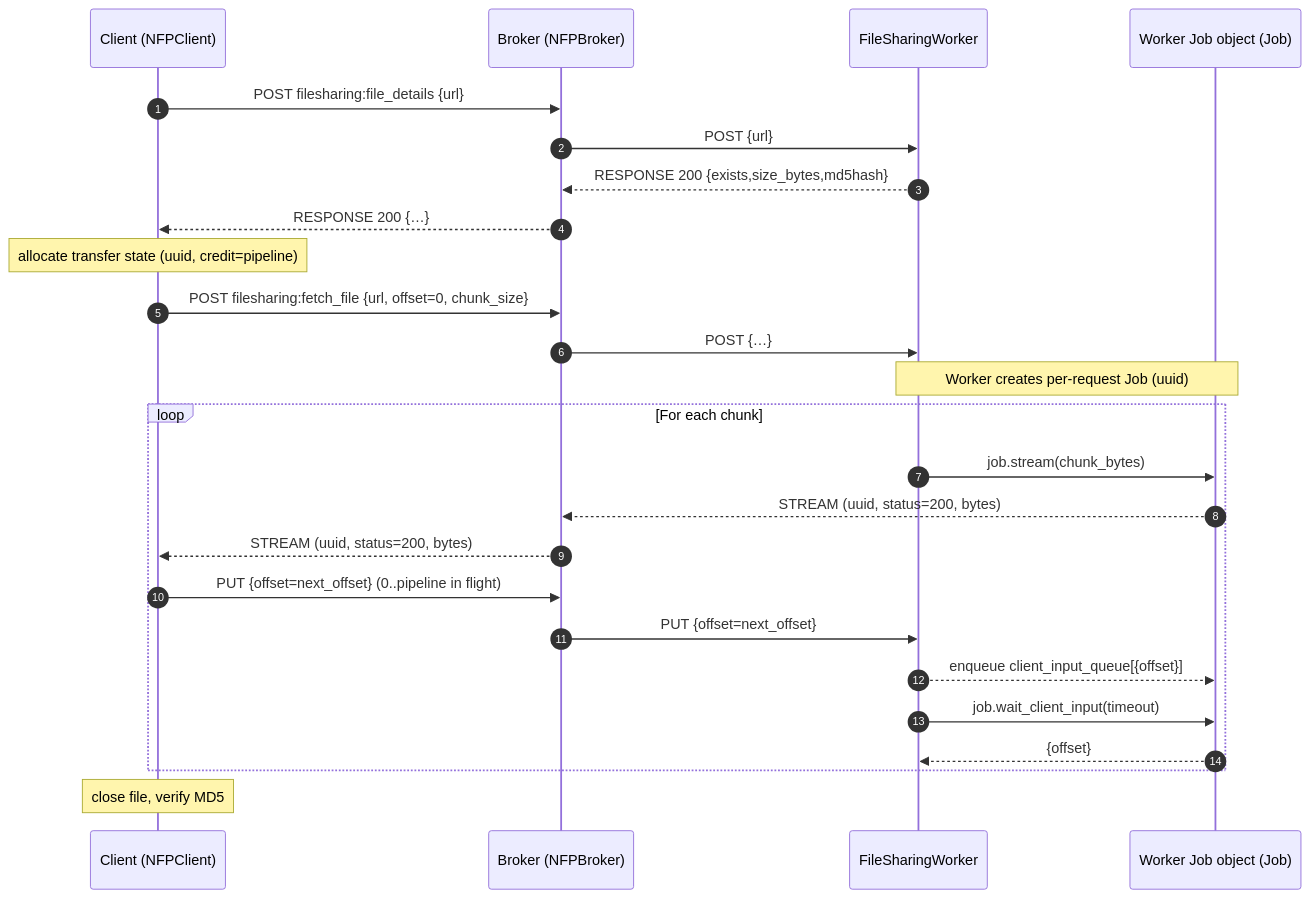
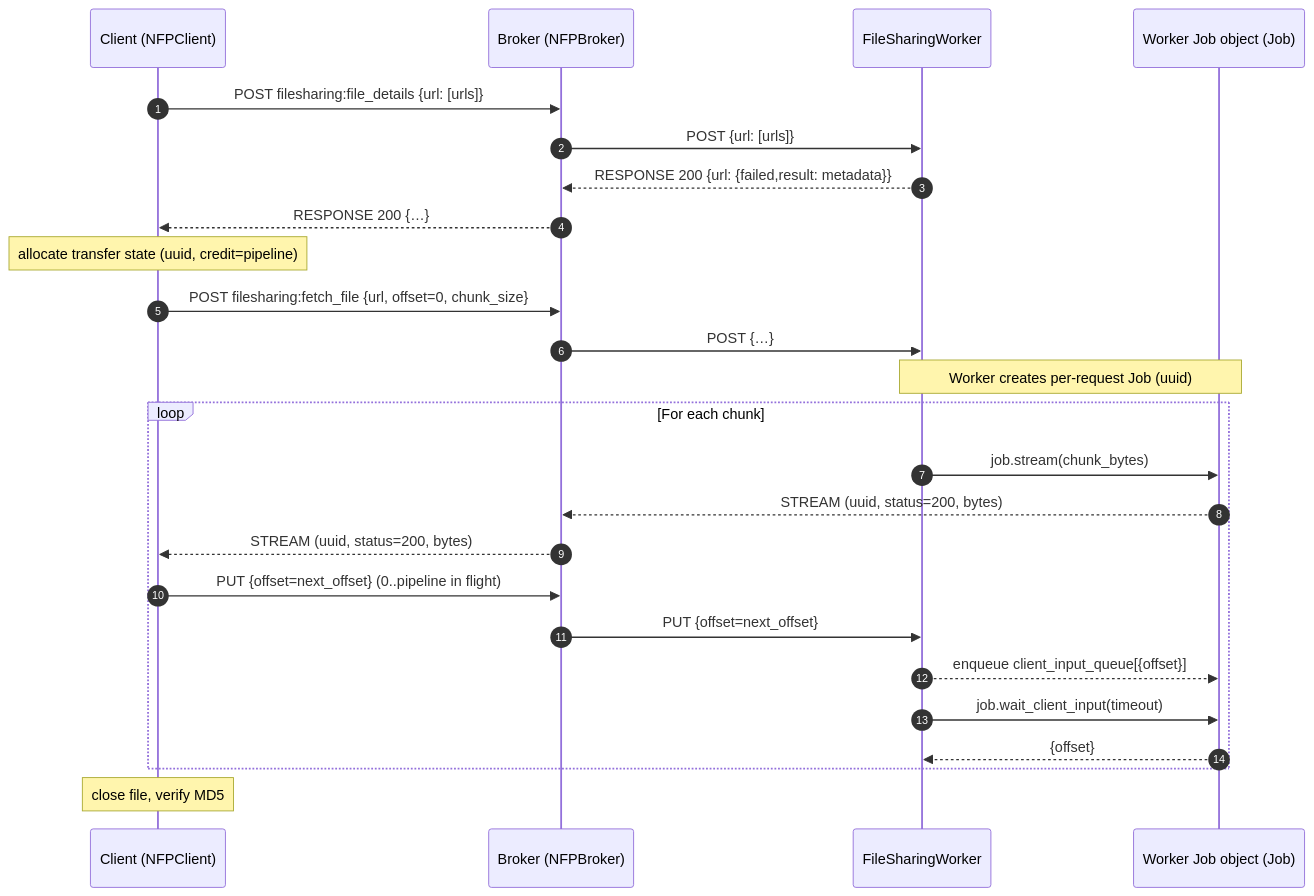
The diagram in docs/development/file_streaming_fetch_file.md (norfablabs/NORFAB), drawn with Mermaid before and after one commit. The commit also changed other lines of this file and 23 other files, not shown here.

````diff
--- a/docs/development/file_streaming_fetch_file.md
+++ b/docs/development/file_streaming_fetch_file.md
@@ -42,32 +67,32 @@
 ```mermaid
 sequenceDiagram
   autonumber
   participant C as Client (NFPClient)
   participant B as Broker (NFPBroker)
   participant W as FileSharingWorker
   participant J as Worker Job object (Job)
 
-  C->>B: POST filesharing:file_details {url}
-  B->>W: POST {url}
-  W-->>B: RESPONSE 200 {exists,size_bytes,md5hash}
+  C->>B: POST filesharing:file_details {url: [urls]}
+  B->>W: POST {url: [urls]}
+  W-->>B: RESPONSE 200 {url: {failed,result: metadata}}
   B-->>C: RESPONSE 200 {…}
 
   Note over C: allocate transfer state (uuid, credit=pipeline)
   C->>B: POST filesharing:fetch_file {url, offset=0, chunk_size}
   B->>W: POST {…}
 
   Note over W,J: Worker creates per-request Job (uuid)
 
   loop For each chunk
     W->>J: job.stream(chunk_bytes)
     J-->>B: STREAM (uuid, status=200, bytes)
     B-->>C: STREAM (uuid, status=200, bytes)
     C->>B: PUT {offset=next_offset} (0..pipeline in flight)
     B->>W: PUT {offset=next_offset}
     W-->>J: enqueue client_input_queue[{offset}]
     W->>J: job.wait_client_input(timeout)
     J-->>W: {offset}
   end
 
   Note over C: close file, verify MD5
 ```
````
